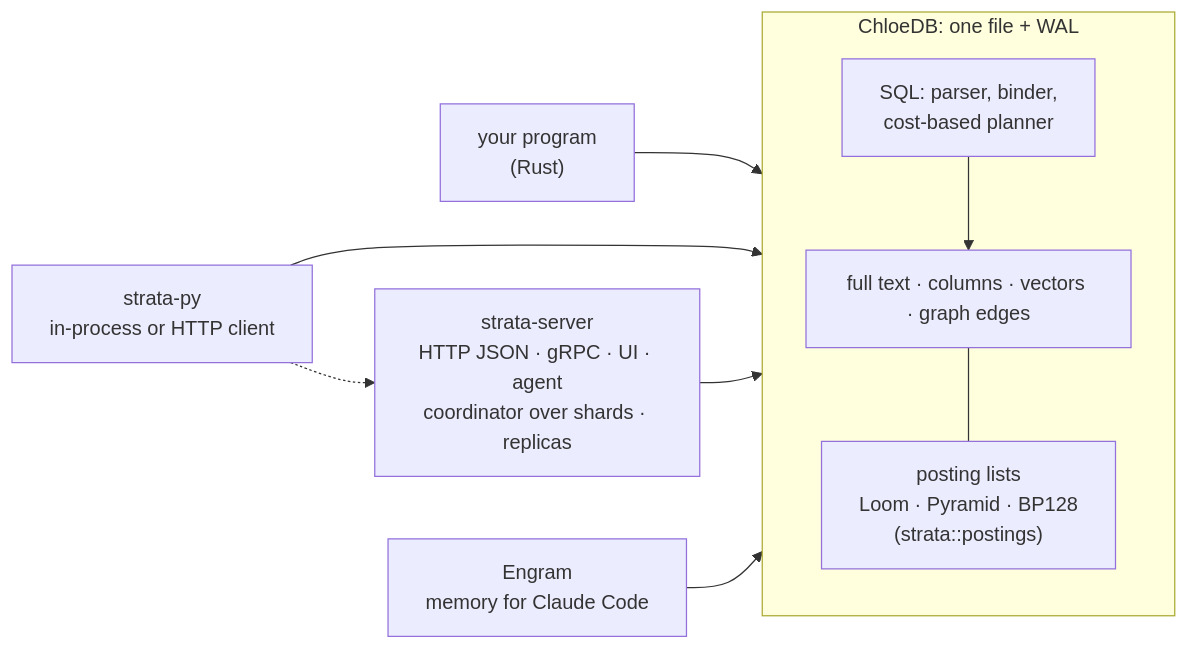
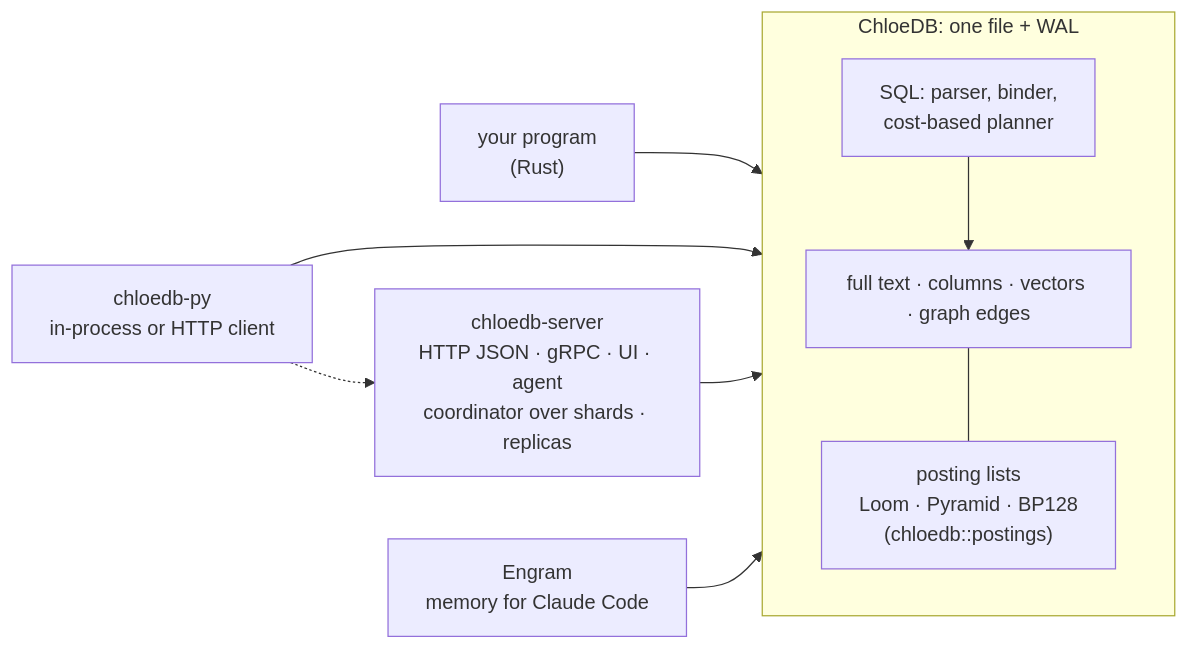
One commit to chloetech-ai/chloedb changed the first of 2 diagrams in README.md. Above: the diagram before and after it, drawn with Mermaid. The commit also changed other lines of this file and 4051 other files, not shown here.

````diff
--- a/README.md
+++ b/README.md
@@ -46,13 +46,13 @@
 ```mermaid
 flowchart LR
     subgraph LIB["ChloeDB: one file + WAL"]
         direction TB
         SQL["SQL: parser, binder,<br/>cost-based planner"] --> IDX["full text · columns · vectors · graph edges"]
-        IDX --- PB["posting lists<br/>Loom · Pyramid · BP128<br/>(strata::postings)"]
+        IDX --- PB["posting lists<br/>Loom · Pyramid · BP128<br/>(chloedb::postings)"]
     end
     APP["your program<br/>(Rust)"] --> LIB
-    PY["strata-py<br/>in-process or HTTP client"] --> LIB
+    PY["chloedb-py<br/>in-process or HTTP client"] --> LIB
     PY -.-> SRV
-    SRV["strata-server<br/>HTTP JSON · gRPC · UI · agent<br/>coordinator over shards · replicas"] --> LIB
+    SRV["chloedb-server<br/>HTTP JSON · gRPC · UI · agent<br/>coordinator over shards · replicas"] --> LIB
     EN["Engram<br/>memory for Claude Code"] --> LIB
 ```
````
